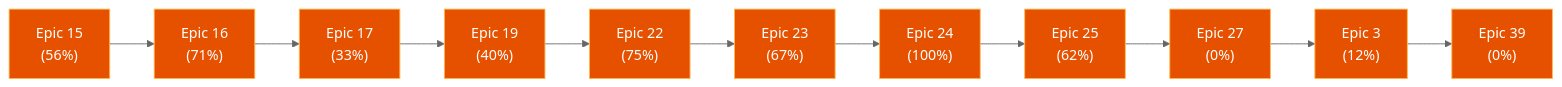
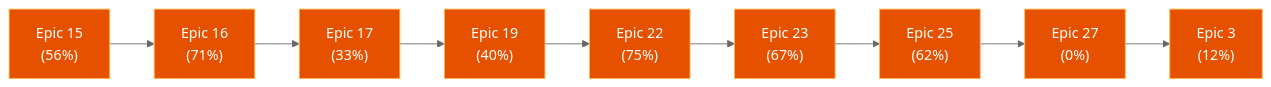
The diagram in _bmad-output/sprint-status-dashboard.md (martinfou/trading-bridge), drawn with Mermaid (neutral theme) before and after one commit. The commit also changed other lines of this file and 26 other files, not shown here.

````diff
--- a/_bmad-output/sprint-status-dashboard.md
+++ b/_bmad-output/sprint-status-dashboard.md
@@ -13,26 +13,22 @@
 ```mermaid
 flowchart LR
   classDef done fill:#1b5e20,stroke:#81c784,color:#fff
   classDef ip fill:#e65100,stroke:#ffb74d,color:#fff
   epic15["Epic 15<br/>(56%)"]:::ip
   epic16["Epic 16<br/>(71%)"]:::ip
   epic17["Epic 17<br/>(33%)"]:::ip
   epic19["Epic 19<br/>(40%)"]:::ip
   epic22["Epic 22<br/>(75%)"]:::ip
   epic23["Epic 23<br/>(67%)"]:::ip
-  epic24["Epic 24<br/>(100%)"]:::ip
   epic25["Epic 25<br/>(62%)"]:::ip
   epic27["Epic 27<br/>(0%)"]:::ip
   epic3["Epic 3<br/>(12%)"]:::ip
-  epic39["Epic 39<br/>(0%)"]:::ip
   epic15 --> epic16
   epic16 --> epic17
   epic17 --> epic19
   epic19 --> epic22
   epic22 --> epic23
-  epic23 --> epic24
-  epic24 --> epic25
+  epic23 --> epic25
   epic25 --> epic27
   epic27 --> epic3
-  epic3 --> epic39
 ```
````
